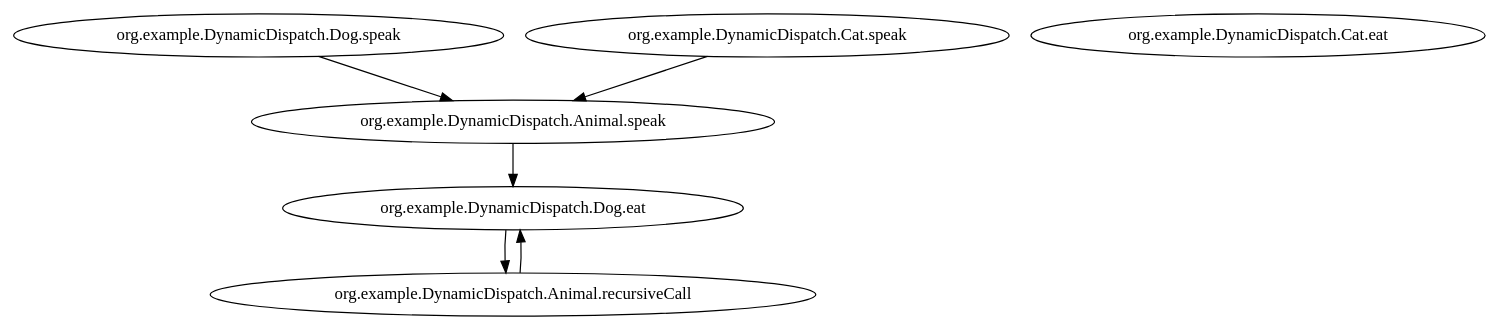
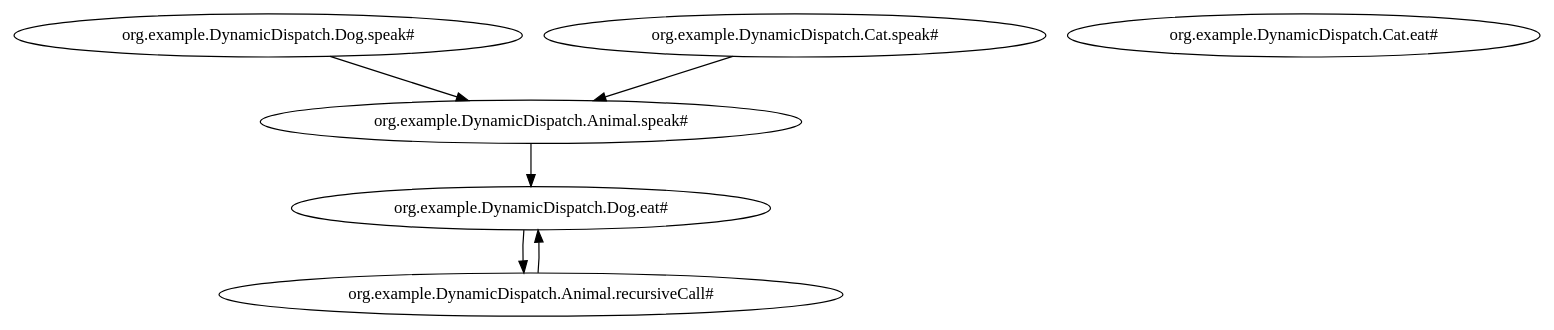
The diagram in DynamicDispatch.dot (sarpsahinalp/astRecursion), drawn with Graphviz before and after one commit. The commit also changed 11 other files, not shown here.

```diff
--- a/DynamicDispatch.dot
+++ b/DynamicDispatch.dot
@@ -1,13 +1,13 @@
 strict digraph G {
-  1 [ label="org.example.DynamicDispatch.Animal.speak" ];
-  2 [ label="org.example.DynamicDispatch.Dog.eat" ];
-  3 [ label="org.example.DynamicDispatch.Animal.recursiveCall" ];
-  4 [ label="org.example.DynamicDispatch.Dog.speak" ];
-  5 [ label="org.example.DynamicDispatch.Cat.speak" ];
-  6 [ label="org.example.DynamicDispatch.Cat.eat" ];
+  1 [ label="org.example.DynamicDispatch.Animal.speak#" ];
+  2 [ label="org.example.DynamicDispatch.Dog.eat#" ];
+  3 [ label="org.example.DynamicDispatch.Animal.recursiveCall#" ];
+  4 [ label="org.example.DynamicDispatch.Dog.speak#" ];
+  5 [ label="org.example.DynamicDispatch.Cat.speak#" ];
+  6 [ label="org.example.DynamicDispatch.Cat.eat#" ];
   1 -> 2;
   3 -> 2;
   4 -> 1;
   2 -> 3;
   5 -> 1;
 }
```
